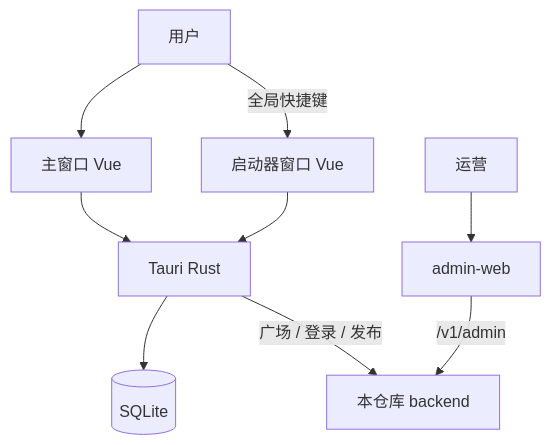
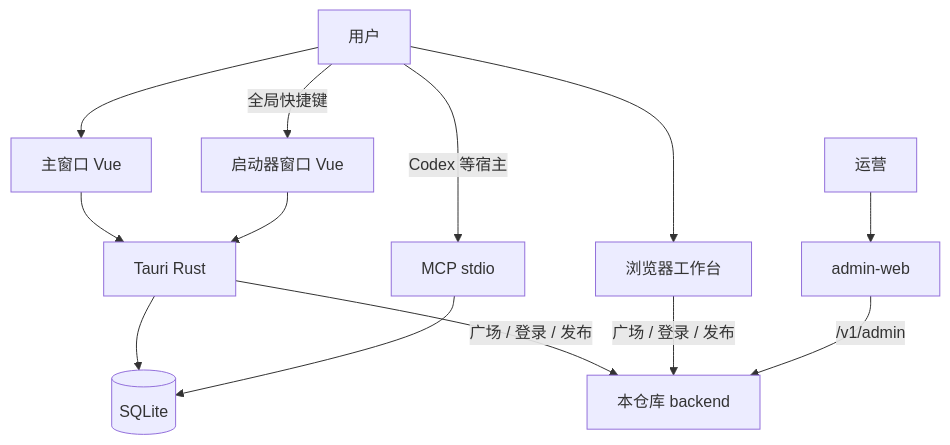
Before and after one commit to sutao2/PromptArk: the diagram in docs/architecture/overview.md, drawn with Mermaid. The commit also changed other lines of this file and 20 other files, not shown here.

Commit message:
Accept the web workbench and local MCP contract so agents can query prompts.

````diff
--- a/docs/architecture/overview.md
+++ b/docs/architecture/overview.md
@@ -11,19 +11,25 @@
 ```mermaid
 flowchart TB
   user[用户]
   operator[运营]
   main[主窗口 Vue]
   launcher[启动器窗口 Vue]
   rust[Tauri Rust]
   sqlite[(SQLite)]
   api[本仓库 backend]
   adminWeb[admin-web]
+  webApp[浏览器工作台]
+  mcp[MCP stdio]
   user --> main
   user -->|全局快捷键| launcher
+  user --> webApp
+  user -->|Codex 等宿主| mcp
   operator --> adminWeb
   main --> rust
   launcher --> rust
   rust --> sqlite
+  mcp --> sqlite
   rust -->|广场 / 登录 / 发布| api
+  webApp -->|广场 / 登录 / 发布| api
   adminWeb -->|/v1/admin| api
 ```
````
